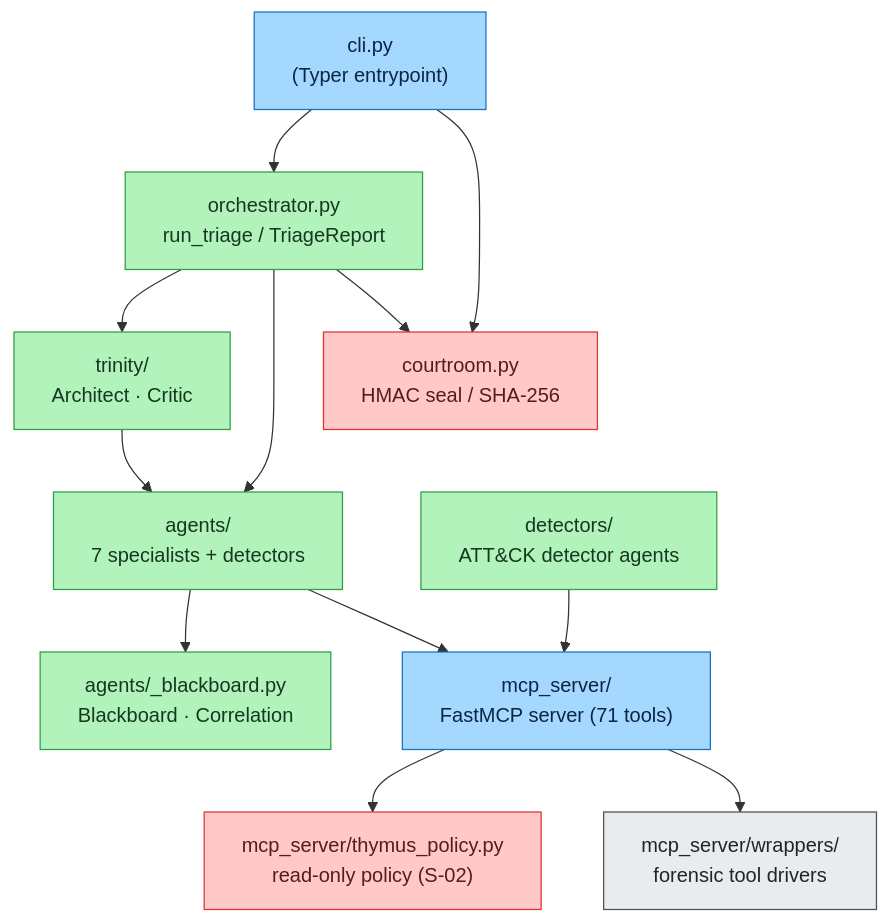
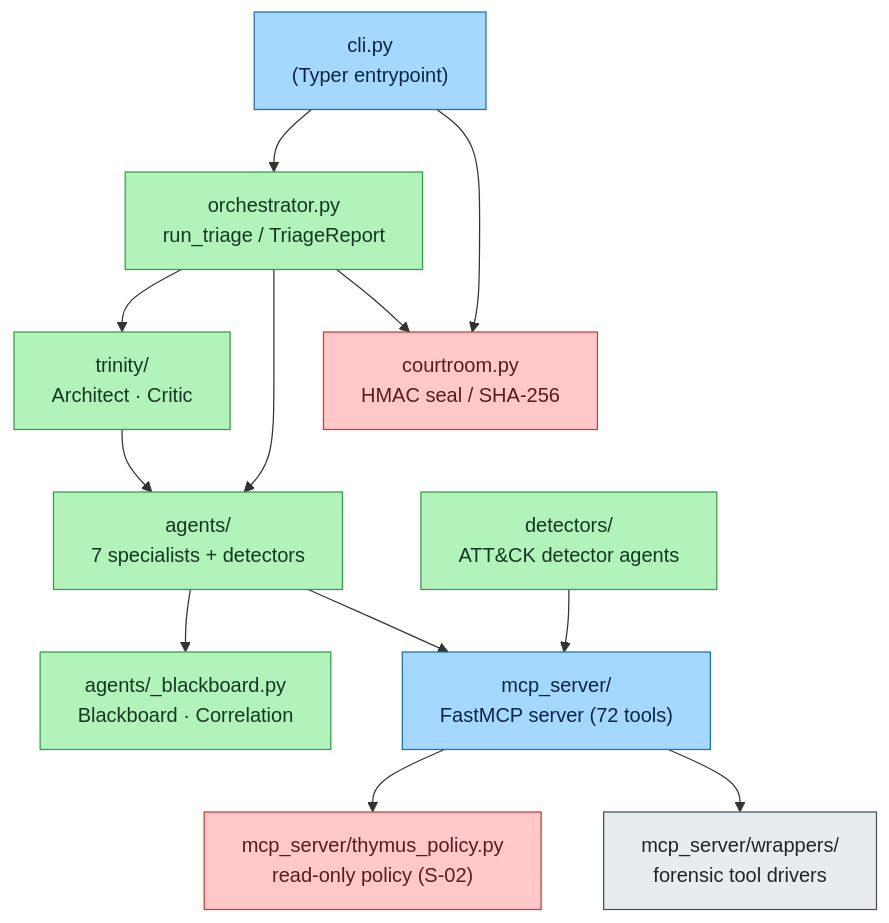
The diagram in docs/07-sdlc-ops/implementation.md (galvangabriel-web/agentropix-mcp), drawn with Mermaid before and after one commit. The commit also changed other lines of this file and 64 other files, not shown here.

````diff
--- a/docs/07-sdlc-ops/implementation.md
+++ b/docs/07-sdlc-ops/implementation.md
@@ -46,36 +46,36 @@
 ```mermaid
 graph TD
     CLI["cli.py<br/>(Typer entrypoint)"]
     ORCH["orchestrator.py<br/>run_triage / TriageReport"]
     TRIN["trinity/<br/>Architect · Critic"]
     AG["agents/<br/>7 specialists + detectors"]
     BB["agents/_blackboard.py<br/>Blackboard · Correlation"]
-    MCP["mcp_server/<br/>FastMCP server (71 tools)"]
+    MCP["mcp_server/<br/>FastMCP server (72 tools)"]
     THY["mcp_server/thymus_policy.py<br/>read-only policy (S-02)"]
     WRAP["mcp_server/wrappers/<br/>forensic tool drivers"]
     COURT["courtroom.py<br/>HMAC seal / SHA-256"]
     DET["detectors/<br/>ATT&CK detector agents"]
 
     CLI --> ORCH
     ORCH --> TRIN
     ORCH --> AG
     TRIN --> AG
     AG --> BB
     AG --> MCP
     DET --> MCP
     MCP --> THY
     MCP --> WRAP
     CLI --> COURT
     ORCH --> COURT
 
     classDef api fill:#a5d8ff,stroke:#1971c2,color:#0b2545
     classDef core fill:#b2f2bb,stroke:#2f9e44,color:#15391f
     classDef gov fill:#ffc9c9,stroke:#e03131,color:#5c1a1a
     classDef ext fill:#e9ecef,stroke:#495057,color:#212529
 
     class CLI api
     class ORCH,TRIN,AG,BB,DET core
     class MCP api
     class WRAP ext
     class THY,COURT gov
 ```
````
